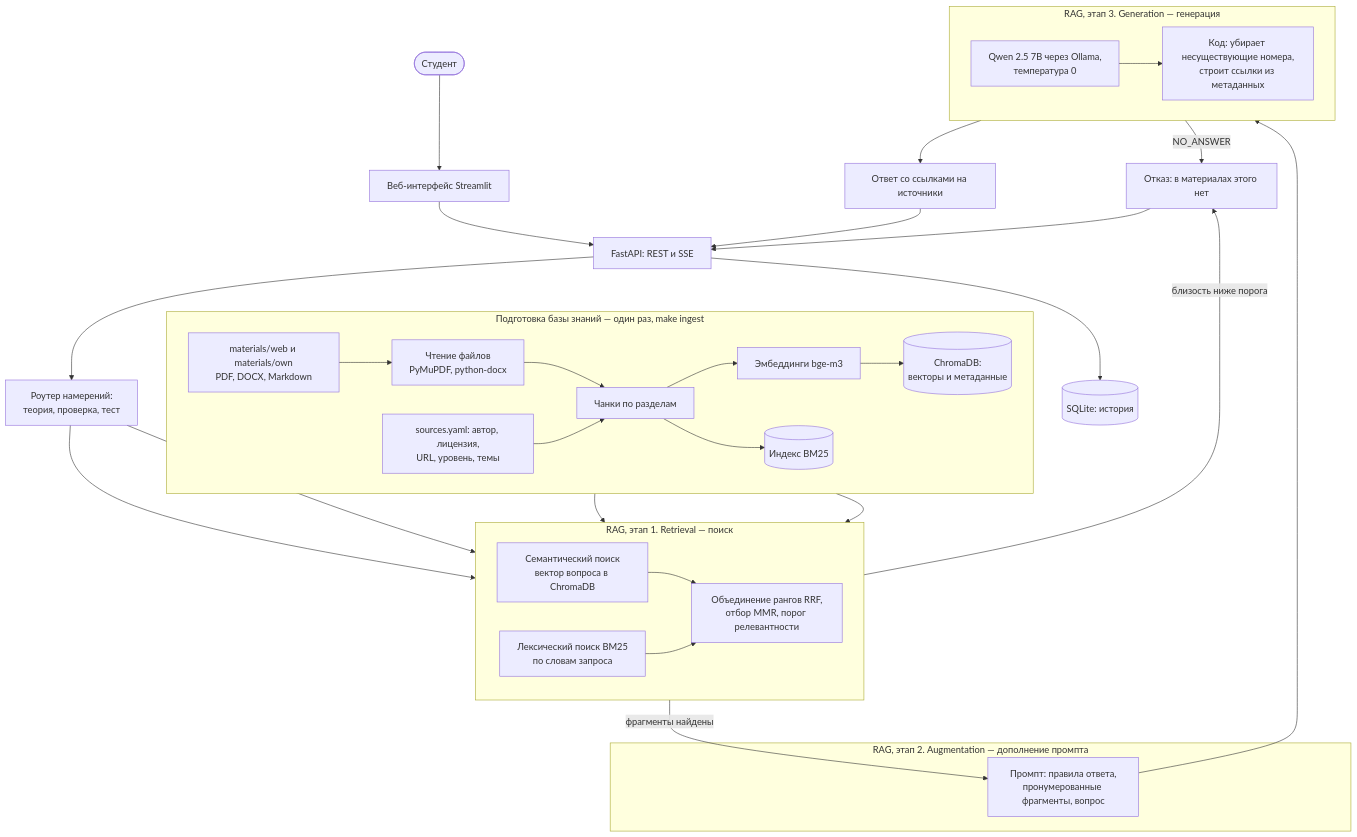
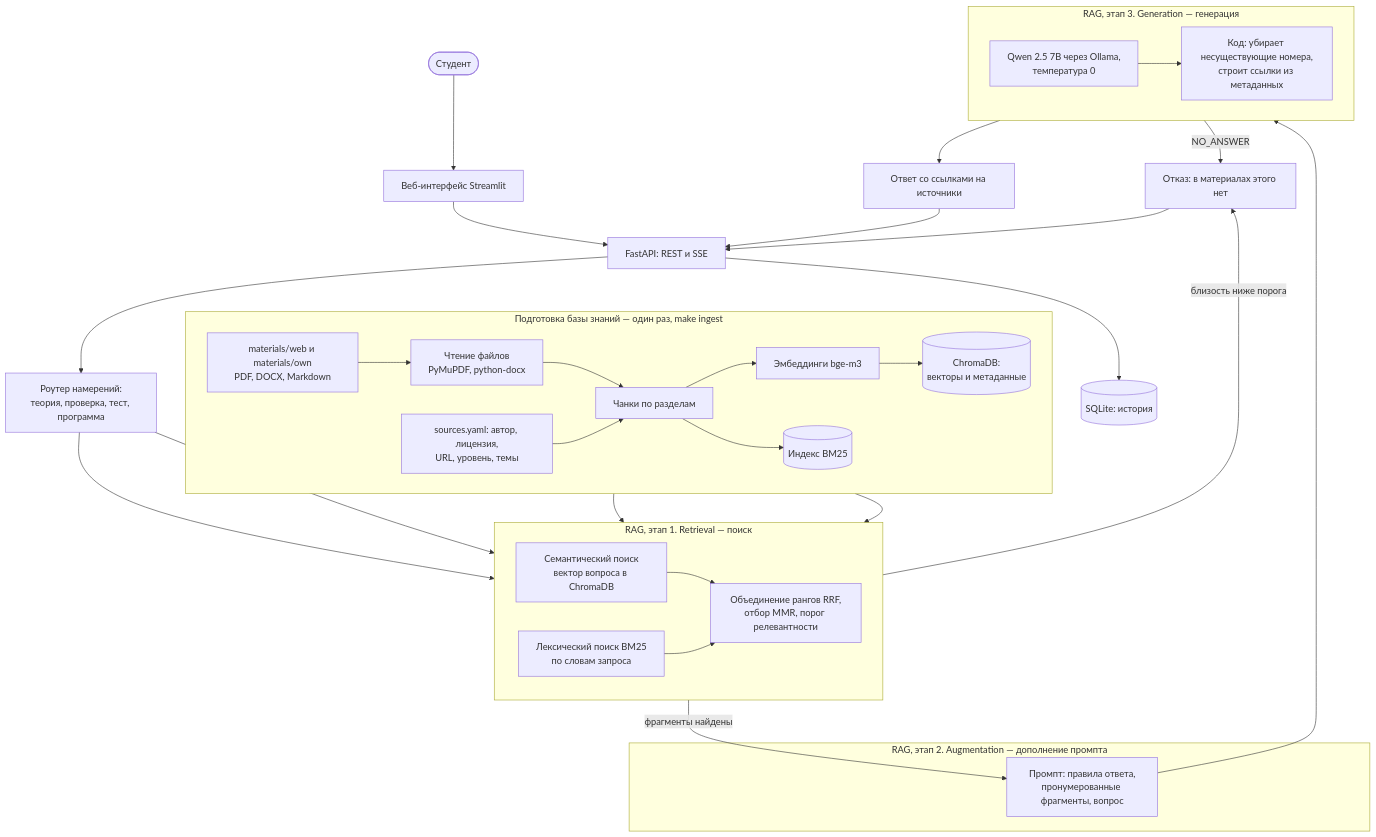
One commit to Xlemon5/english-tutor-ai changed the first of 2 diagrams in README.md. Above: the diagram before and after it, drawn with Mermaid. The commit also changed other lines of this file and 8 other files, not shown here.

````diff
--- a/README.md
+++ b/README.md
@@ -188,44 +194,44 @@
 ```mermaid
 flowchart TB
     subgraph PREP["Подготовка базы знаний — один раз, make ingest"]
         direction LR
         M["materials/web и materials/own<br/>PDF, DOCX, Markdown"] --> L["Чтение файлов<br/>PyMuPDF, python-docx"]
         L --> C["Чанки по разделам"]
         S["sources.yaml: автор, лицензия,<br/>URL, уровень, темы"] --> C
         C --> E["Эмбеддинги bge-m3"]
         E --> V[("ChromaDB:<br/>векторы и метаданные")]
         C --> B[("Индекс BM25")]
     end
 
     U(["Студент"]) --> UI["Веб-интерфейс Streamlit"]
     UI --> API["FastAPI: REST и SSE"]
-    API --> RT["Роутер намерений:<br/>теория, проверка, тест"]
+    API --> RT["Роутер намерений:<br/>теория, проверка, тест, программа"]
     API --> Q[("SQLite: история")]
 
     subgraph RET["RAG, этап 1. Retrieval — поиск"]
         direction LR
         R1["Семантический поиск<br/>вектор вопроса в ChromaDB"] --> R3["Объединение рангов RRF,<br/>отбор MMR, порог релевантности"]
         R2["Лексический поиск BM25<br/>по словам запроса"] --> R3
     end
 
     subgraph AUG["RAG, этап 2. Augmentation — дополнение промпта"]
         A1["Промпт: правила ответа,<br/>пронумерованные фрагменты, вопрос"]
     end
 
     subgraph GEN["RAG, этап 3. Generation — генерация"]
         direction LR
         G1["Qwen 2.5 7B через Ollama,<br/>температура 0"] --> G2["Код: убирает несуществующие номера,<br/>строит ссылки из метаданных"]
     end
 
     RT --> R1
     RT --> R2
     V --> R1
     B --> R2
     R3 -- "фрагменты найдены" --> A1
     A1 --> G1
     R3 -- "близость ниже порога" --> NO["Отказ: в материалах этого нет"]
     G1 -- "NO_ANSWER" --> NO
     G2 --> ANS["Ответ со ссылками на источники"]
     ANS --> API
     NO --> API
 ```
````
